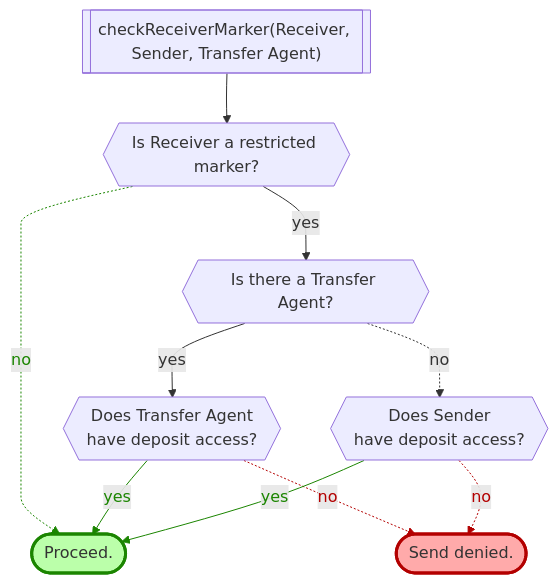
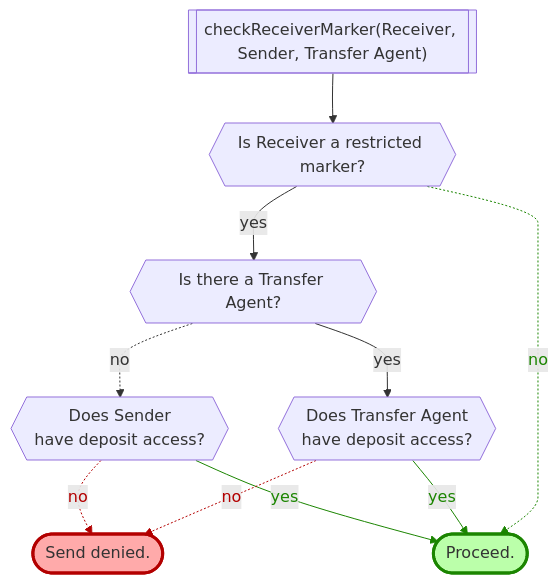
Before and after one commit to provenance-io/provenance: the third of 8 diagrams in x/marker/spec/12_transfers.md, drawn with Mermaid. The commit also changed other lines of this file, not shown here.

Commit message:
[1834]: Redo the flows so that denied is on the left for all of them. Add some links between flows.

````diff
--- a/x/marker/spec/12_transfers.md
+++ b/x/marker/spec/12_transfers.md
@@ -183,24 +183,24 @@
 ```mermaid
 %%{ init: { 'flowchart': { 'curve': 'monotoneY'} } }%%
 flowchart TD
     start[["checkReceiverMarker(Receiver, Sender, Transfer Agent)"]]
     issm{{"Is Receiver a restricted marker?"}}
     haveta{{"Is there a Transfer Agent?"}}
+    isrd{{"Does Sender\nhave deposit access?"}}
     istad{{"Does Transfer Agent\nhave deposit access?"}}
-    isrd{{"Does Sender\nhave deposit access?"}}
     ok(["Proceed."])
     style ok fill:#bbffaa,stroke:#1b8500,stroke-width:3px
     denied(["Send denied."])
     style denied fill:#ffaaaa,stroke:#b30000,stroke-width:3px
     start --> issm
     issm -->|yes| haveta
+    haveta -.->|no| isrd
+    haveta -->|yes| istad
+    isrd -.->|no| denied
+    isrd -->|yes| ok
+    istad -.->|no| denied
+    istad -->|yes| ok
     issm -.->|no| ok
-    haveta -->|yes| istad
-    haveta -.->|no| isrd
-    istad -->|yes| ok
-    istad -.->|no| denied
-    isrd -->|yes| ok
-    isrd -.->|no| denied
-    linkStyle 6,8 stroke:#b30000,color:#b30000
-    linkStyle 2,5,7 stroke:#1b8500,color:#1b8500
+    linkStyle 4,6 stroke:#b30000,color:#b30000
+    linkStyle 5,7,8 stroke:#1b8500,color:#1b8500
 ```
````
